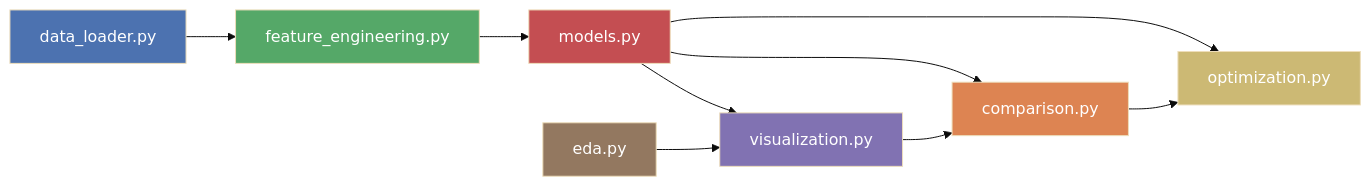
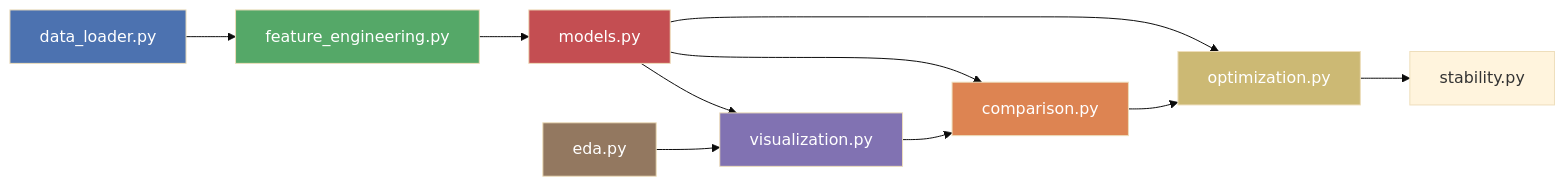
The second of 2 diagrams in .docs/workflow.md (Elaina69/Project_Machine-Learning), drawn with Mermaid (base theme) before and after one commit. The commit also changed other lines of this file and 30 other files, not shown here.

````diff
--- a/.docs/workflow.md
+++ b/.docs/workflow.md
@@ -446,19 +515,20 @@
 ```mermaid
 graph LR
     DL["data_loader.py"] --> FE["feature_engineering.py"]
     FE --> MD["models.py"]
     MD --> VZ["visualization.py"]
     MD --> CP["comparison.py"]
     MD --> OP["optimization.py"]
+    OP --> ST["stability.py"]
     VZ --> CP
     CP --> OP
     EDA["eda.py"] --> VZ
     
     style DL fill:#4C72B0,color:#fff
     style FE fill:#55A868,color:#fff
     style MD fill:#C44E52,color:#fff
     style VZ fill:#8172B2,color:#fff
     style CP fill:#DD8452,color:#fff
     style EDA fill:#937860,color:#fff
     style OP fill:#CCB974,color:#fff
 ```
````
